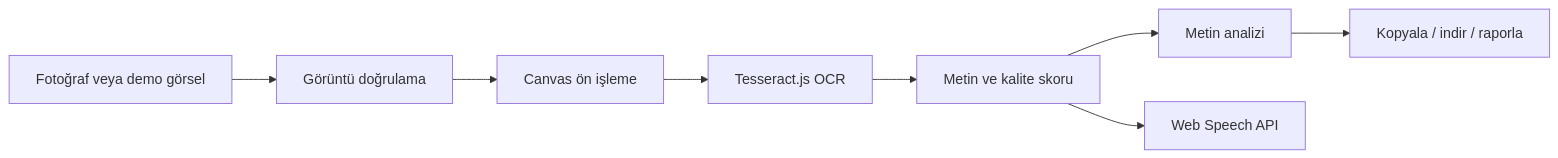
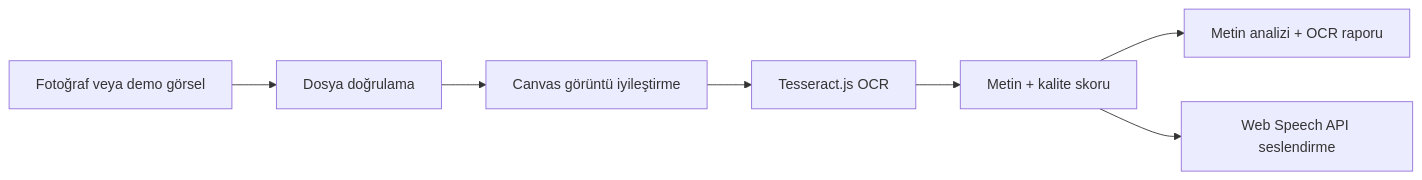
The diagram in README.md (MehmetcanMutlu/ai-sesli-ceviri-araci), drawn with Mermaid before and after one commit. The commit also changed other lines of this file, not shown here.

````diff
--- a/README.md
+++ b/README.md
@@ -50,10 +221,9 @@
 ```mermaid
 flowchart LR
-  A["Fotoğraf veya demo görsel"] --> B["Görüntü doğrulama"]
-  B --> C["Canvas ön işleme"]
+  A["Fotoğraf veya demo görsel"] --> B["Dosya doğrulama"]
+  B --> C["Canvas görüntü iyileştirme"]
   C --> D["Tesseract.js OCR"]
-  D --> E["Metin ve kalite skoru"]
-  E --> F["Metin analizi"]
-  E --> G["Web Speech API"]
-  F --> H["Kopyala / indir / raporla"]
+  D --> E["Metin + kalite skoru"]
+  E --> F["Metin analizi + OCR raporu"]
+  E --> G["Web Speech API seslendirme"]
 ```
````
